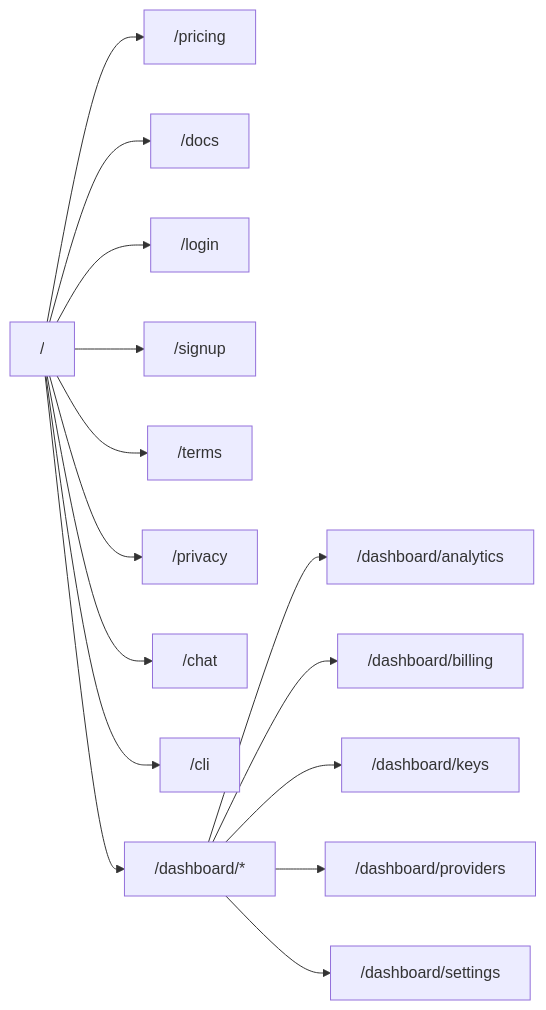
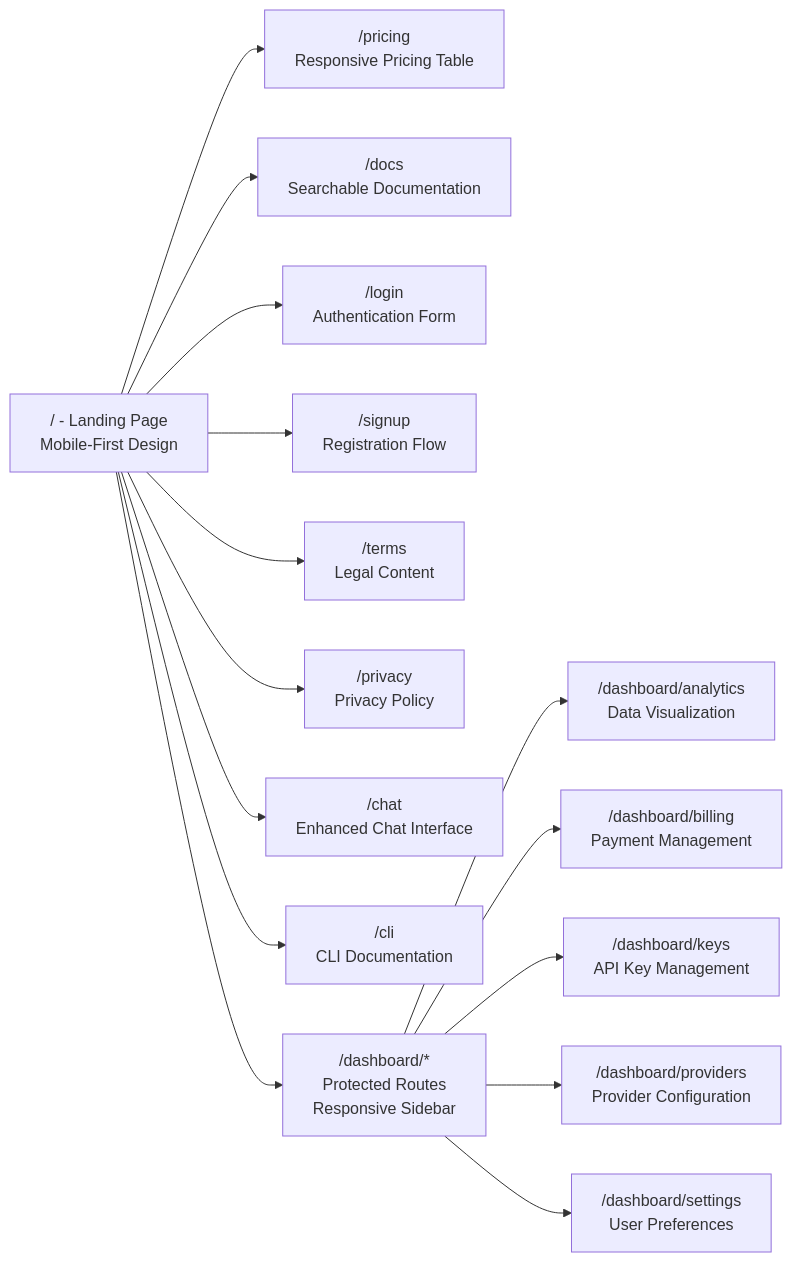
The sixth of 9 diagrams in .qoder/repowiki/en/content/Frontend Architecture/Frontend Architecture.md (HassanAmeer/cheaprouter), drawn with Mermaid before and after one commit. The commit also changed other lines of this file and 54 other files, not shown here.

Commit message:
now landing page design is much better

````diff
--- a/.qoder/repowiki/en/content/Frontend Architecture/Frontend Architecture.md
+++ b/.qoder/repowiki/en/content/Frontend Architecture/Frontend Architecture.md
@@ -377,17 +415,17 @@
 ```mermaid
 graph LR
-Home["/"] --> Pricing["/pricing"]
-Home --> Docs["/docs"]
-Home --> Login["/login"]
-Home --> Signup["/signup"]
-Home --> Terms["/terms"]
-Home --> Privacy["/privacy"]
-Home --> Chat["/chat"]
-Home --> CLI["/cli"]
-Home --> Dashboard["/dashboard/*"]
-Dashboard --> Analytics["/dashboard/analytics"]
-Dashboard --> Billing["/dashboard/billing"]
-Dashboard --> Keys["/dashboard/keys"]
-Dashboard --> Providers["/dashboard/providers"]
-Dashboard --> Settings["/dashboard/settings"]
+Home["/ - Landing Page<br/>Mobile-First Design"] --> Pricing["/pricing<br/>Responsive Pricing Table"]
+Home --> Docs["/docs<br/>Searchable Documentation"]
+Home --> Login["/login<br/>Authentication Form"]
+Home --> Signup["/signup<br/>Registration Flow"]
+Home --> Terms["/terms<br/>Legal Content"]
+Home --> Privacy["/privacy<br/>Privacy Policy"]
+Home --> Chat["/chat<br/>Enhanced Chat Interface"]
+Home --> CLI["/cli<br/>CLI Documentation"]
+Home --> Dashboard["/dashboard/*<br/>Protected Routes<br/>Responsive Sidebar"]
+Dashboard --> Analytics["/dashboard/analytics<br/>Data Visualization"]
+Dashboard --> Billing["/dashboard/billing<br/>Payment Management"]
+Dashboard --> Keys["/dashboard/keys<br/>API Key Management"]
+Dashboard --> Providers["/dashboard/providers<br/>Provider Configuration"]
+Dashboard --> Settings["/dashboard/settings<br/>User Preferences"]
 ```
````
